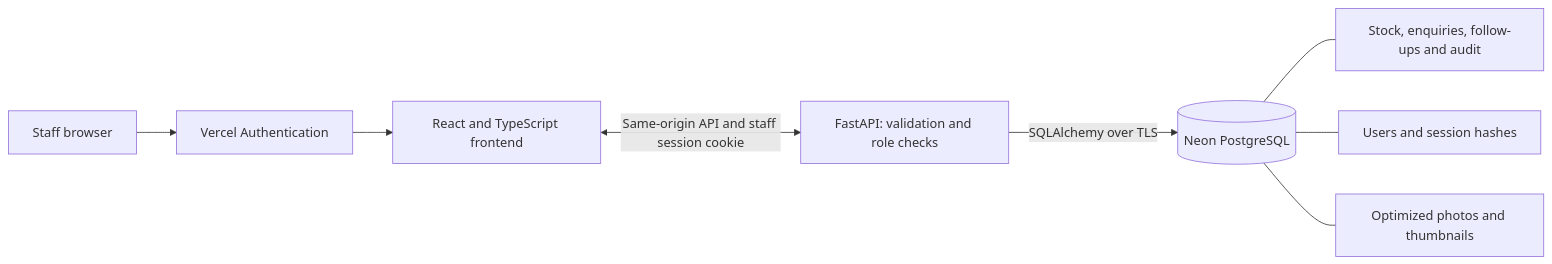
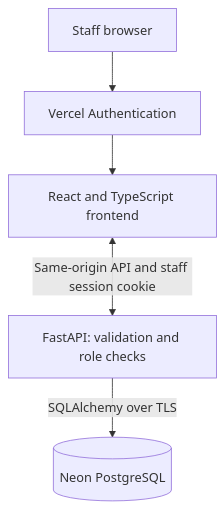
Before and after one commit to mohanoor-ai/dealer-desk: the first of 2 diagrams in README.md, drawn with Mermaid. The commit also changed other lines of this file and 2 other files, not shown here.

Commit message:
Keep front-page diagrams readable in the repository layout

````diff
--- a/README.md
+++ b/README.md
@@ -13,10 +13,7 @@
 ```mermaid
-flowchart LR
+flowchart TB
     Staff[Staff browser] --> Gate[Vercel Authentication]
     Gate --> UI[React and TypeScript frontend]
     UI <-->|Same-origin API and staff session cookie| API[FastAPI: validation and role checks]
     API -->|SQLAlchemy over TLS| DB[(Neon PostgreSQL)]
-    DB --- Records[Stock, enquiries, follow-ups and audit]
-    DB --- Access[Users and session hashes]
-    DB --- Photos[Optimized photos and thumbnails]
 ```
````
